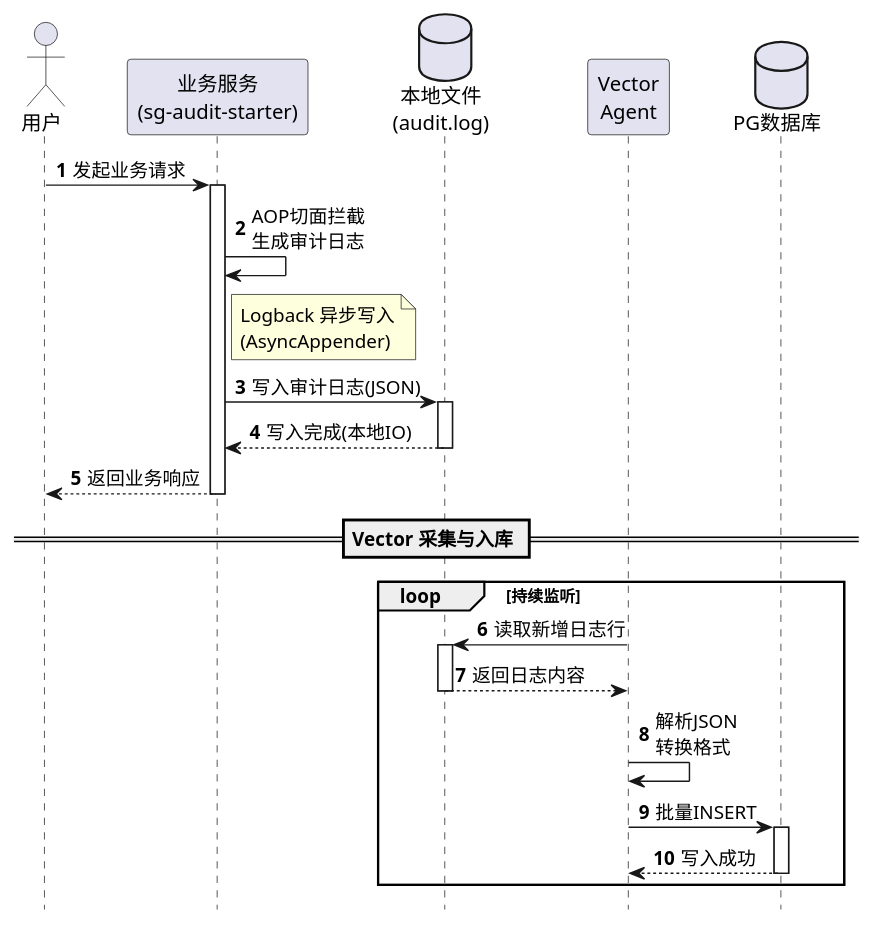
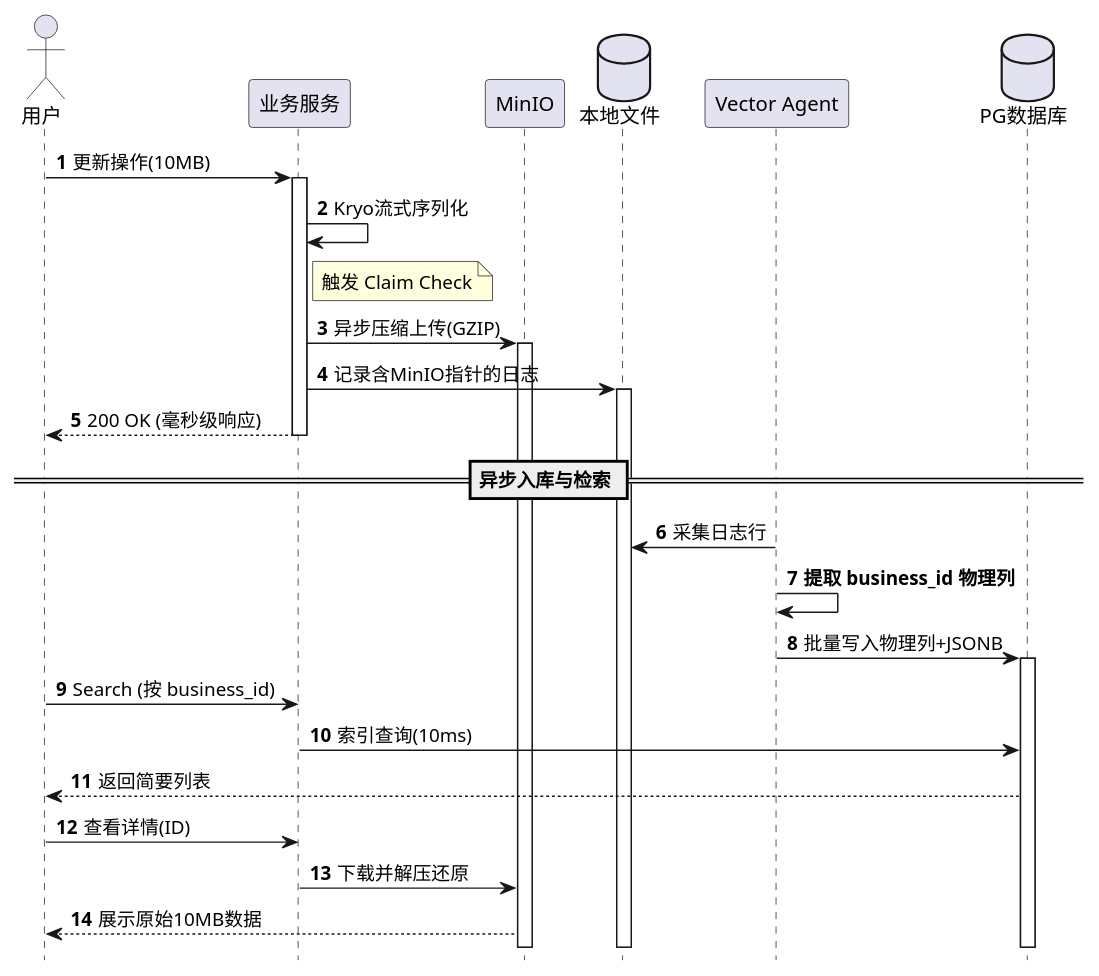
The second of 3 diagrams in .cospec/audit-log-storage/requirements.adoc (maofangyun/audit-log), drawn with PlantUML before and after one commit. The commit also changed other lines of this file and 26 other files, not shown here.

First line of the commit message:
feat(audit): implement Claim Check pattern for large payload offloading

```diff
--- a/.cospec/audit-log-storage/requirements.adoc
+++ b/.cospec/audit-log-storage/requirements.adoc
@@ -153,45 +158,44 @@
 [plantuml]
 ----
 @startuml
 autonumber
 hide footbox
 
 actor "用户" as User
-participant "业务服务\n(sg-audit-starter)" as Biz
-database "本地文件\n(audit.log)" as File
-participant "Vector\nAgent" as Vector
+participant "业务服务" as Biz
+participant "MinIO" as MinIO
+database "本地文件" as File
+participant "Vector Agent" as Vector
 database "PG数据库" as PG
 
-User -> Biz: 发起业务请求
+User -> Biz: 更新操作(10MB)
 activate Biz
 
-Biz -> Biz: AOP切面拦截\n生成审计日志
+Biz -> Biz: Kryo流式序列化
 
-note right of Biz: Logback 异步写入\n(AsyncAppender)
+note right of Biz: 触发 Claim Check
+Biz -> MinIO: 异步压缩上传(GZIP)
+activate MinIO
+Biz -> File: 记录含MinIO指针的日志
+activate File
 
-Biz -> File: 写入审计日志(JSON)
-activate File
-File --> Biz: 写入完成(本地IO)
-deactivate File
-
-Biz --> User: 返回业务响应
+Biz --> User: 200 OK (毫秒级响应)
 deactivate Biz
 
-== Vector 采集与入库 ==
+== 异步入库与检索 ==
 
-loop 持续监听
-    Vector -> File: 读取新增日志行
-    activate File
-    File --> Vector: 返回日志内容
-    deactivate File
-    
-    Vector -> Vector: 解析JSON\n转换格式
-    
-    Vector -> PG: 批量INSERT
-    activate PG
-    PG --> Vector: 写入成功
-    deactivate PG
-end
+Vector -> File: 采集日志行
+Vector -> Vector: **提取 business_id 物理列**
+Vector -> PG: 批量写入物理列+JSONB
+activate PG
+
+User -> Biz: Search (按 business_id)
+Biz -> PG: 索引查询(10ms)
+PG --> User: 返回简要列表
+
+User -> Biz: 查看详情(ID)
+Biz -> MinIO: 下载并解压还原
+MinIO --> User: 展示原始10MB数据
 
 @enduml
 ----
```
